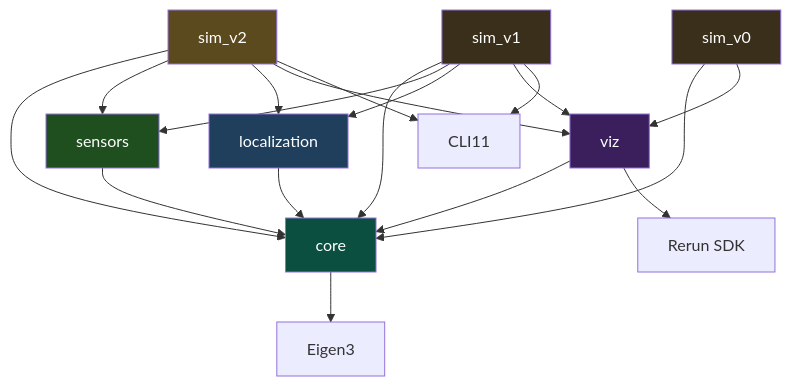
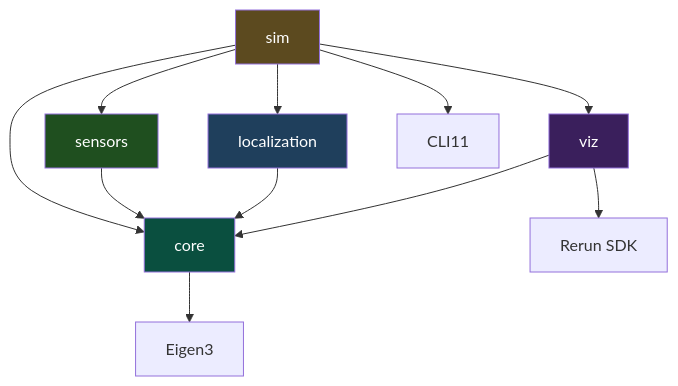
Before and after one commit to xinlei-robotics/MiniNav: the second of 2 diagrams in README.md, drawn with Mermaid. The commit also changed other lines of this file and 45 other files, not shown here.

````diff
--- a/README.md
+++ b/README.md
@@ -271,31 +270,20 @@
 ```mermaid
 graph TD
-    sim_v2[sim_v2] --> core[core]
-    sim_v2 --> sensors[sensors]
-    sim_v2 --> localization[localization]
-    sim_v2 --> viz[viz]
-    sim_v2 --> cli11[CLI11]
-
-    sim_v1[sim_v1] --> core
-    sim_v1 --> sensors
-    sim_v1 --> localization
-    sim_v1 --> viz
-    sim_v1 --> cli11
-
-    sim_v0[sim_v0] --> core
-    sim_v0 --> viz
+    sim[sim] --> core[core]
+    sim --> sensors[sensors]
+    sim --> localization[localization]
+    sim --> viz[viz]
+    sim --> cli11[CLI11]
 
     sensors --> core
     localization --> core
     viz --> core
     viz --> rerun[Rerun SDK]
     core --> eigen[Eigen3]
 
     style core fill:#0a4f3f,color:#fff
     style sensors fill:#1f4f1f,color:#fff
     style localization fill:#1f3f5c,color:#fff
     style viz fill:#3a1f5c,color:#fff
-    style sim_v2 fill:#5c4a1f,color:#fff
-    style sim_v1 fill:#3a2f1a,color:#fff
-    style sim_v0 fill:#3a2f1a,color:#fff
+    style sim fill:#5c4a1f,color:#fff
 ```
````
